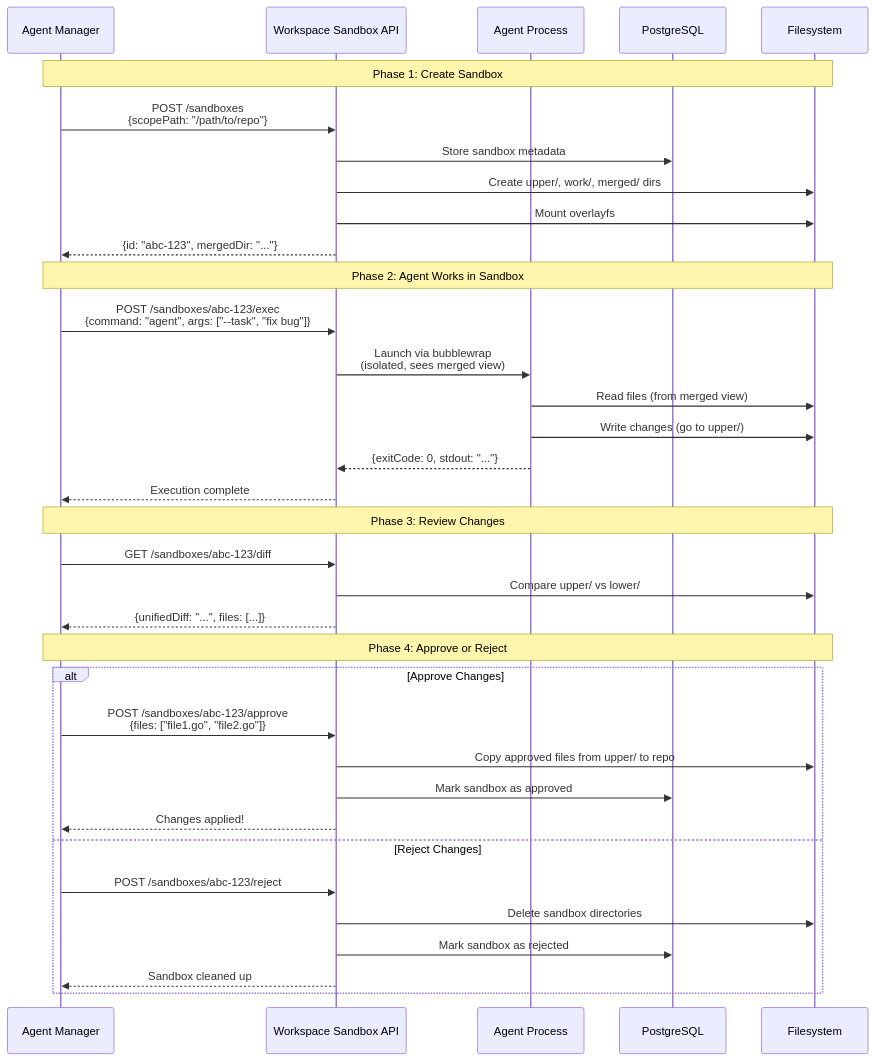
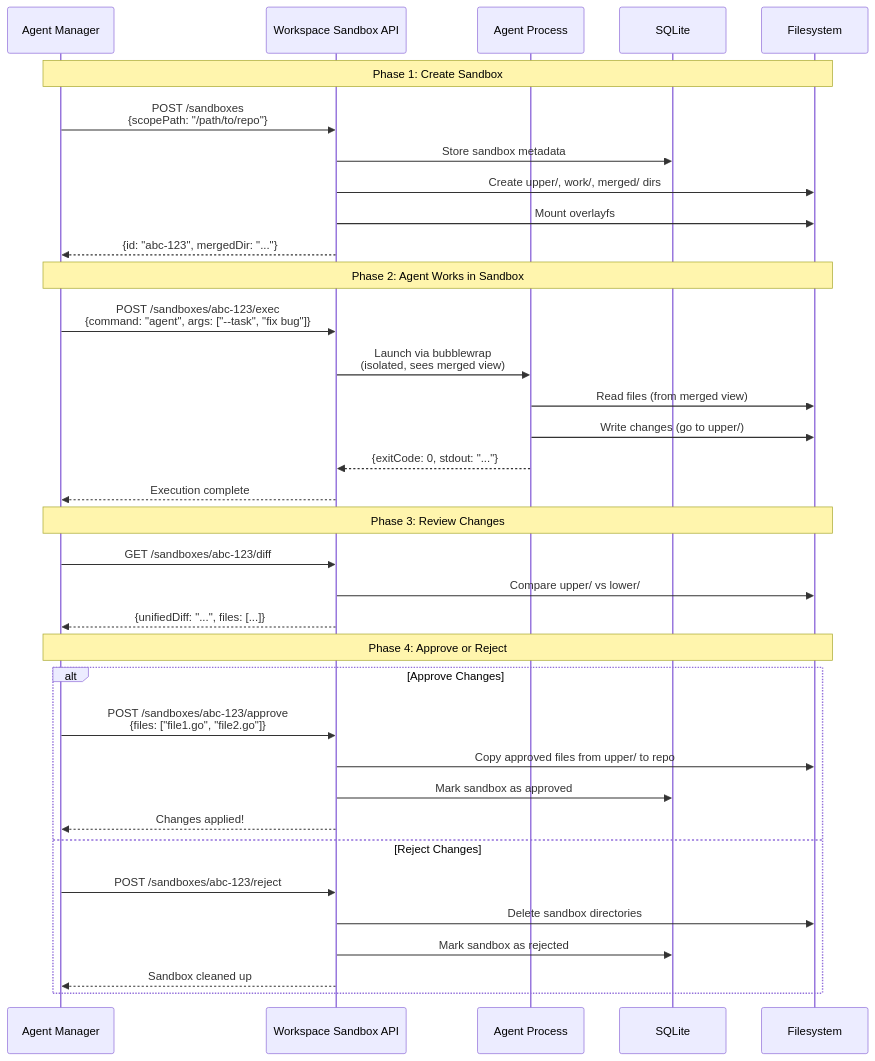
The fifth of 8 diagrams in scenarios/workspace-sandbox/docs/ARCHITECTURE.md (Vrooli/Vrooli), drawn with Mermaid before and after one commit. The commit also changed other lines of this file and 54 other files, not shown here.

````diff
--- a/scenarios/workspace-sandbox/docs/ARCHITECTURE.md
+++ b/scenarios/workspace-sandbox/docs/ARCHITECTURE.md
@@ -262,41 +262,41 @@
 ```mermaid
 sequenceDiagram
     participant AM as Agent Manager
     participant API as Workspace Sandbox API
     participant Agent as Agent Process
-    participant DB as PostgreSQL
+    participant DB as SQLite
     participant FS as Filesystem
 
     Note over AM,FS: Phase 1: Create Sandbox
     AM->>API: POST /sandboxes<br/>{scopePath: "/path/to/repo"}
     API->>DB: Store sandbox metadata
     API->>FS: Create upper/, work/, merged/ dirs
     API->>FS: Mount overlayfs
     API-->>AM: {id: "abc-123", mergedDir: "..."}
 
     Note over AM,FS: Phase 2: Agent Works in Sandbox
     AM->>API: POST /sandboxes/abc-123/exec<br/>{command: "agent", args: ["--task", "fix bug"]}
     API->>Agent: Launch via bubblewrap<br/>(isolated, sees merged view)
     Agent->>FS: Read files (from merged view)
     Agent->>FS: Write changes (go to upper/)
     Agent-->>API: {exitCode: 0, stdout: "..."}
     API-->>AM: Execution complete
 
     Note over AM,FS: Phase 3: Review Changes
     AM->>API: GET /sandboxes/abc-123/diff
     API->>FS: Compare upper/ vs lower/
     API-->>AM: {unifiedDiff: "...", files: [...]}
 
     Note over AM,FS: Phase 4: Approve or Reject
     alt Approve Changes
         AM->>API: POST /sandboxes/abc-123/approve<br/>{files: ["file1.go", "file2.go"]}
         API->>FS: Copy approved files from upper/ to repo
         API->>DB: Mark sandbox as approved
         API-->>AM: Changes applied!
     else Reject Changes
         AM->>API: POST /sandboxes/abc-123/reject
         API->>FS: Delete sandbox directories
         API->>DB: Mark sandbox as rejected
         API-->>AM: Sandbox cleaned up
     end
 ```
````
